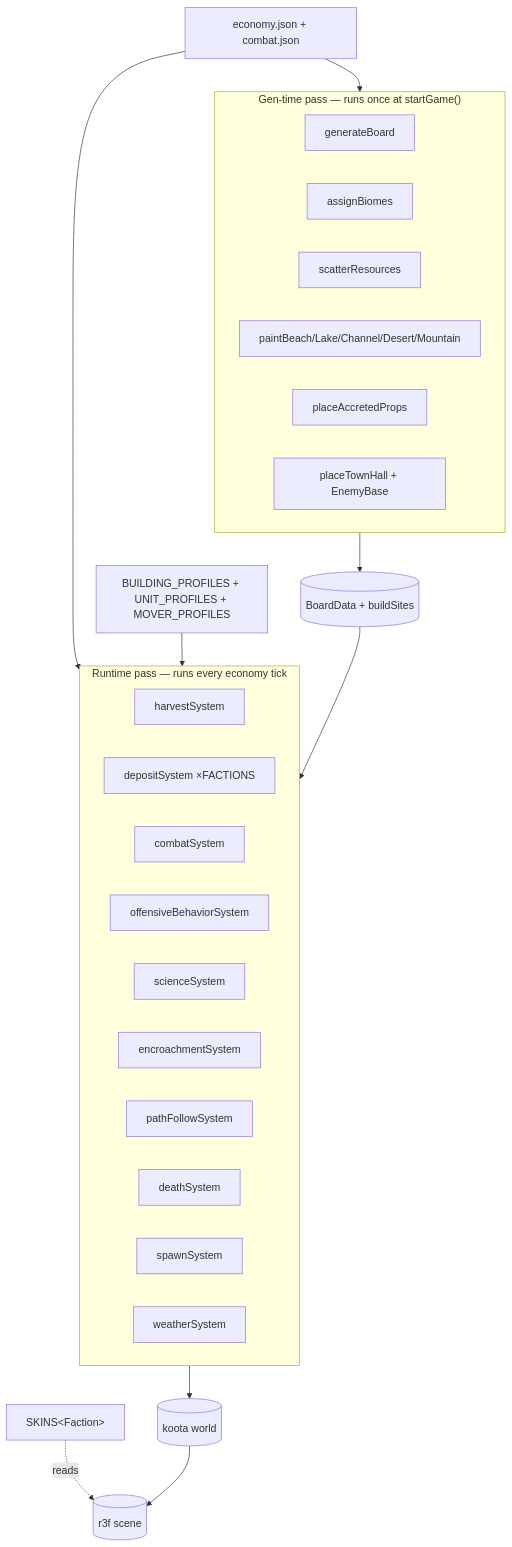
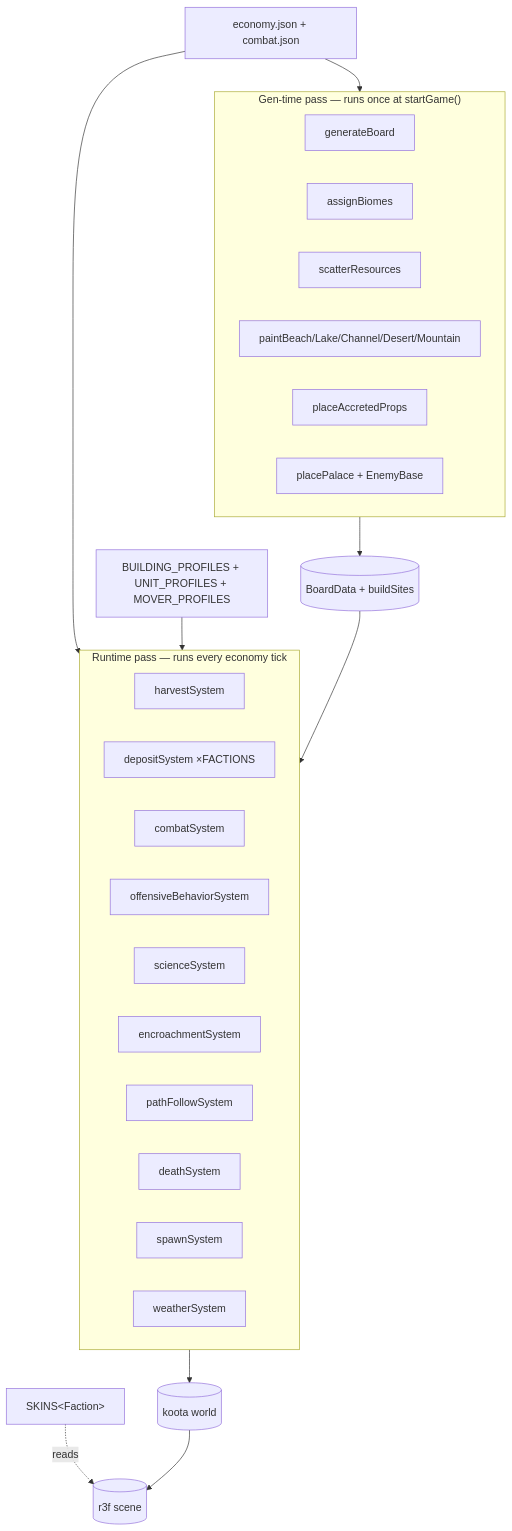
Before and after one commit to arcade-cabinet/Aethelgard-Chronicles-of-Strata: the diagram in docs/specs/70-rts-systems.md, drawn with Mermaid. The commit also changed other lines of this file and 451 other files, not shown here.

````diff
--- a/docs/specs/70-rts-systems.md
+++ b/docs/specs/70-rts-systems.md
@@ -22,31 +22,31 @@
 ```mermaid
 flowchart TB
   subgraph GenTime["Gen-time pass — runs once at startGame()"]
     G1[generateBoard]
     G2[assignBiomes]
     G3[scatterResources]
     G4[paintBeach/Lake/Channel/Desert/Mountain]
     G5[placeAccretedProps]
-    G6[placeTownHall + EnemyBase]
+    G6[placePalace + EnemyBase]
   end
   subgraph RuntimePass["Runtime pass — runs every economy tick"]
     R1[harvestSystem]
     R2[depositSystem ×FACTIONS]
     R3[combatSystem]
     R4[offensiveBehaviorSystem]
     R5[scienceSystem]
     R6[encroachmentSystem]
     R7[pathFollowSystem]
     R8[deathSystem]
     R9[spawnSystem]
     R10[weatherSystem]
   end
   Cfg[economy.json + combat.json] --> GenTime
   Cfg --> RuntimePass
   Profiles[BUILDING_PROFILES + UNIT_PROFILES + MOVER_PROFILES] --> RuntimePass
   Skins[SKINS&lt;Faction&gt;] -.->|reads| Renderer[(r3f scene)]
   GenTime --> Board[(BoardData + buildSites)]
   Board --> RuntimePass
   RuntimePass --> World[(koota world)]
   World --> Renderer
 ```
````
